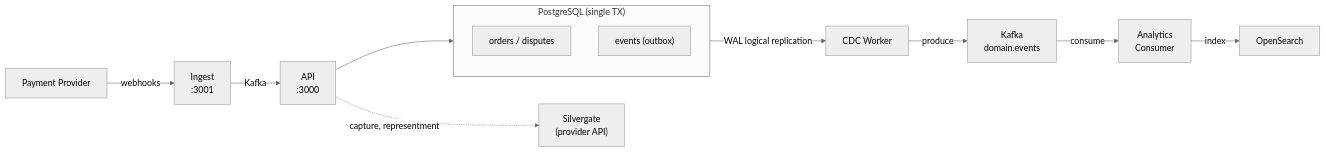
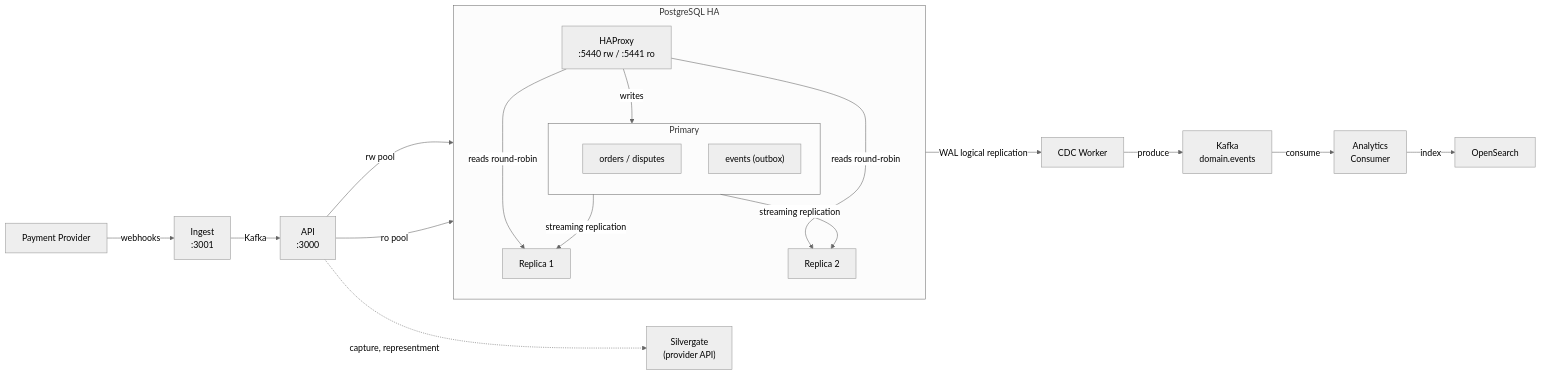
Before and after one commit to Mark-Juzefin/distributed-payment-manager-practice: the diagram in README.md, drawn with Mermaid (neutral theme). The commit also changed other lines of this file and 26 other files, not shown here.

Commit message:
feat: read replica routing via HAProxy with monitoring

````diff
--- a/README.md
+++ b/README.md
@@ -40,21 +40,32 @@
 ```mermaid
 flowchart LR
   EXT["Payment Provider"]
     -->|webhooks| ING["Ingest<br/>:3001"]
 
   ING -->|Kafka| API["API<br/>:3000"]
 
-  subgraph TX["PostgreSQL (single TX)"]
+  subgraph PG["PostgreSQL HA"]
     direction TB
-    BIZ["orders / disputes"]
-    EVT["events (outbox)"]
+    HAP["HAProxy<br/>:5440 rw / :5441 ro"]
+    subgraph PRI["Primary"]
+      BIZ["orders / disputes"]
+      EVT["events (outbox)"]
+    end
+    REP1["Replica 1"]
+    REP2["Replica 2"]
+    HAP -->|writes| PRI
+    HAP -->|reads round-robin| REP1
+    HAP -->|reads round-robin| REP2
+    PRI -->|streaming replication| REP1
+    PRI -->|streaming replication| REP2
   end
-  API --> TX
+  API -->|rw pool| HAP
+  API -->|ro pool| HAP
 
   EVT -->|WAL logical replication| CDC["CDC Worker"]
   CDC -->|produce| TOPIC["Kafka<br/>domain.events"]
   TOPIC -->|consume| AN["Analytics<br/>Consumer"]
   AN -->|index| OS["OpenSearch"]
 
   API -.->|capture, representment| SG["Silvergate<br/>(provider API)"]
 ```
````
